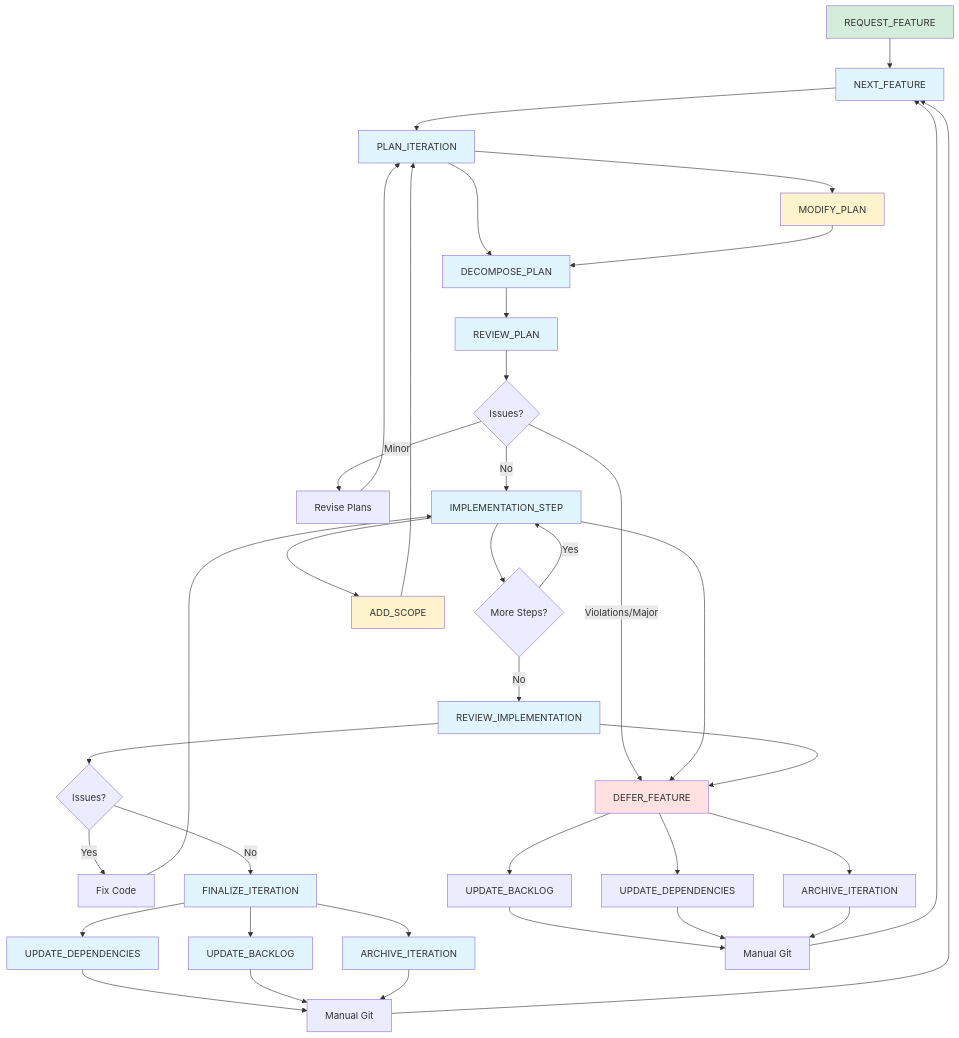
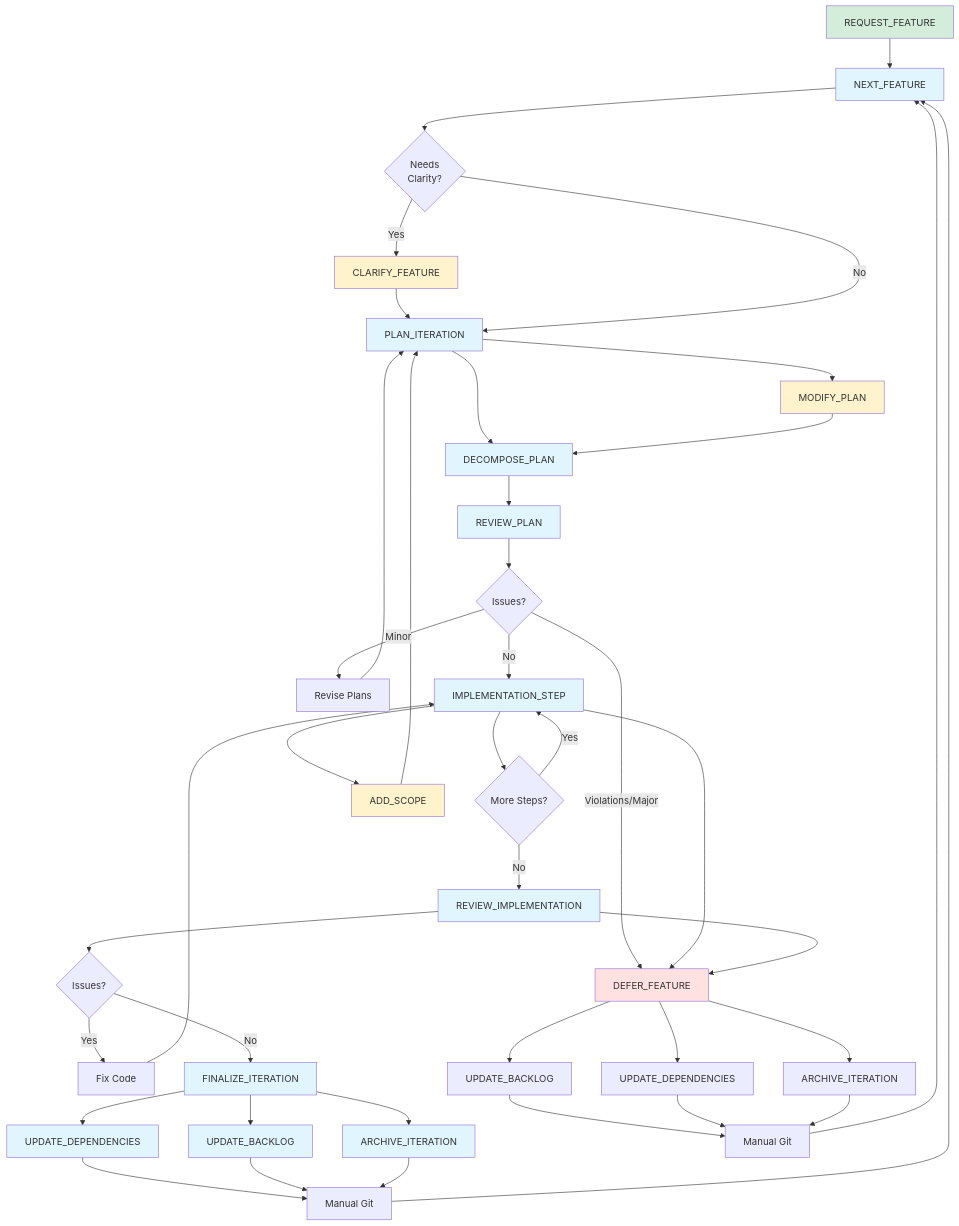
The diagram in TASKS/WORKFLOW.md (EvanLavender13/FrogLords), drawn with Mermaid before and after one commit. The commit also changed other lines of this file and 3 other files, not shown here.

First line of the commit message:
docs: add clarify feature task to workflow

````diff
--- a/TASKS/WORKFLOW.md
+++ b/TASKS/WORKFLOW.md
@@ -5,58 +5,62 @@
 ```mermaid
 graph TD
     REQ[REQUEST_FEATURE] --> A[NEXT_FEATURE]
-    A --> B[PLAN_ITERATION]
+    A --> CLAR{Needs<br/>Clarity?}
+    CLAR -->|Yes| CF[CLARIFY_FEATURE]
+    CF --> B[PLAN_ITERATION]
+    CLAR -->|No| B
     B --> C[DECOMPOSE_PLAN]
     C --> D[REVIEW_PLAN]
     D --> E{Issues?}
     E -->|Violations/Major| F[DEFER_FEATURE]
     E -->|Minor| G[Revise Plans]
     G --> B
     E -->|No| H[IMPLEMENTATION_STEP]
     H --> I{More Steps?}
     I -->|Yes| H
     I -->|No| J[REVIEW_IMPLEMENTATION]
     J --> K{Issues?}
     K -->|Yes| L[Fix Code]
     L --> H
     K -->|No| M[FINALIZE_ITERATION]
     M --> N[UPDATE_DEPENDENCIES]
     M --> O[UPDATE_BACKLOG]
     M --> P[ARCHIVE_ITERATION]
     N --> Q[Manual Git]
     O --> Q
     P --> Q
     Q --> A
     F --> R[UPDATE_BACKLOG]
     F --> S[UPDATE_DEPENDENCIES]
     F --> T[ARCHIVE_ITERATION]
     R --> U[Manual Git]
     S --> U
     T --> U
     U --> A
     
     %% Mid-iteration scope changes
     H --> AS[ADD_SCOPE]
     AS --> B
     B --> MP[MODIFY_PLAN]
     MP --> C
     
     %% Implementation-phase deferral
     H --> F
     J --> F
     
     style REQ fill:#d4edda
     style A fill:#e1f5ff
+    style CF fill:#fff3cd
     style B fill:#e1f5ff
     style C fill:#e1f5ff
     style D fill:#e1f5ff
     style F fill:#ffe1e1
     style H fill:#e1f5ff
     style J fill:#e1f5ff
     style M fill:#e1f5ff
     style N fill:#e1f5ff
     style O fill:#e1f5ff
     style P fill:#e1f5ff
     style AS fill:#fff3cd
     style MP fill:#fff3cd
 ```
````
